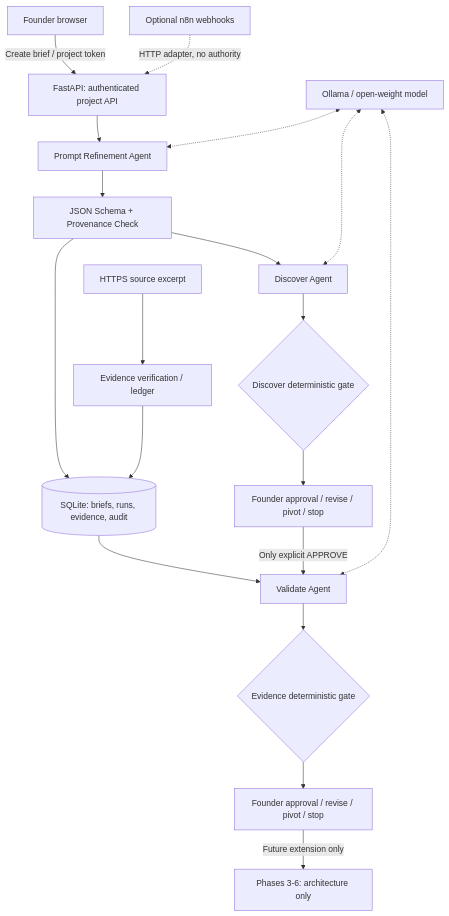
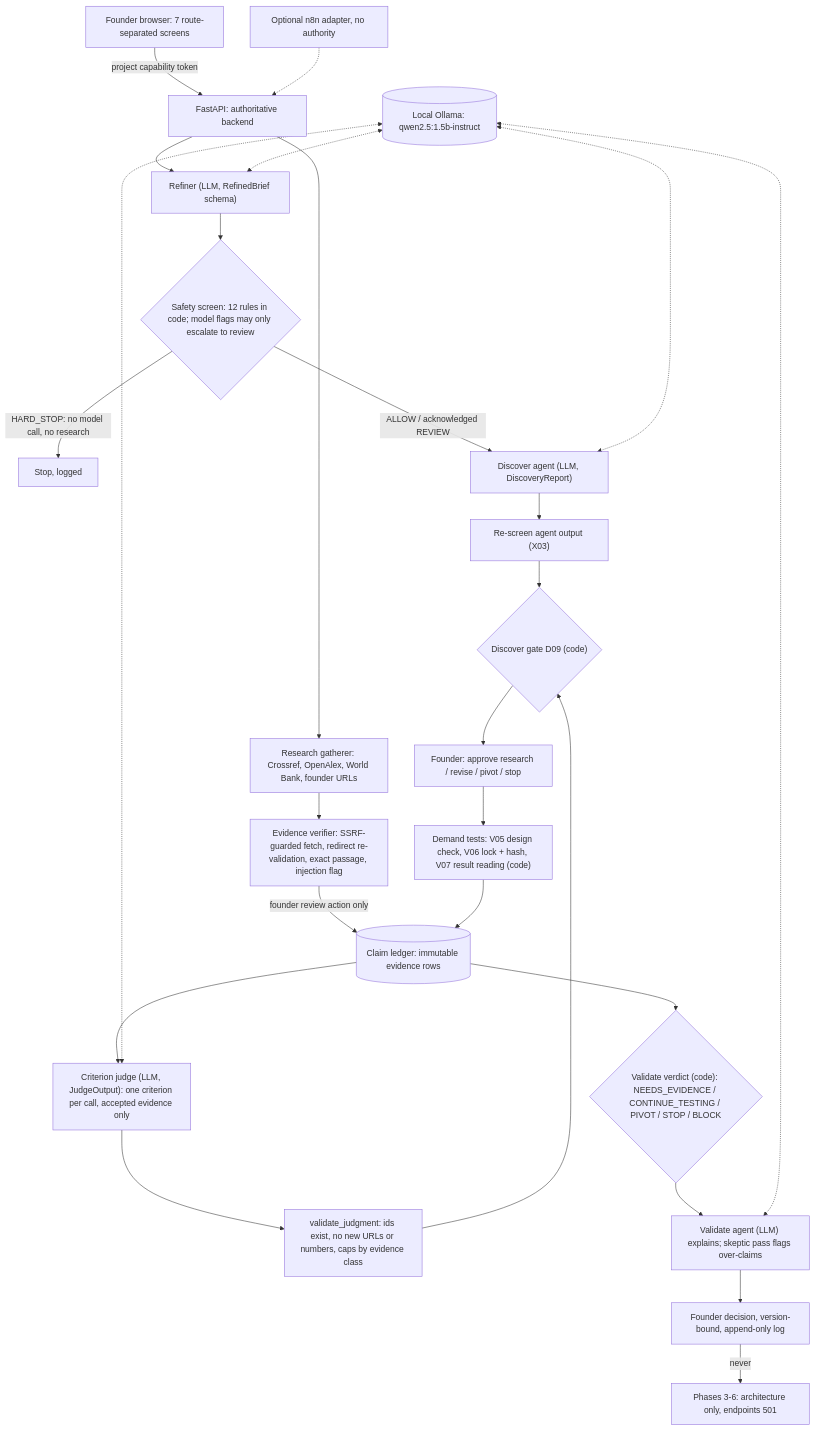
One commit to Sharl23/FounderOS changed the diagram in docs/architecture.md. Above: the diagram before and after it, drawn with Mermaid. The commit also changed other lines of this file and 31 other files, not shown here.

First line of the commit message:
v7 docs, Windows override, live check, plain model error labels; final verification

````diff
--- a/docs/architecture.md
+++ b/docs/architecture.md
@@ -7,21 +7,25 @@
 ```mermaid
 flowchart TD
-  U[Founder browser] -->|Create brief / project token| API[FastAPI: authenticated project API]
-  API --> REF[Prompt Refinement Agent]
-  REF --> J[JSON Schema + Provenance Check]
-  J --> DB[(SQLite: briefs, runs, evidence, audit)]
-  J --> DISC[Discover Agent]
-  DISC --> G1{Discover deterministic gate}
-  G1 --> AP1[Founder approval / revise / pivot / stop]
-  AP1 -->|Only explicit APPROVE| VAL[Validate Agent]
-  S[HTTPS source excerpt] --> EV[Evidence verification / ledger]
-  EV --> DB
-  DB --> VAL
-  VAL --> G2{Evidence deterministic gate}
-  G2 --> AP2[Founder approval / revise / pivot / stop]
-  AP2 -->|Future extension only| FUT[Phases 3-6: architecture only]
-  LL[Ollama / open-weight model] <-.-> REF
-  LL <-.-> DISC
-  LL <-.-> VAL
-  N8N[Optional n8n webhooks] -.->|HTTP adapter, no authority| API
+  U[Founder browser: 7 route-separated screens] -->|project capability token| API[FastAPI: authoritative backend]
+  API --> REF["Refiner (LLM, RefinedBrief schema)"]
+  REF --> SAF{"Safety screen: 12 rules in code; model flags may only escalate to review"}
+  SAF -->|HARD_STOP: no model call, no research| STOPX[Stop, logged]
+  SAF -->|ALLOW / acknowledged REVIEW| DISC["Discover agent (LLM, DiscoveryReport)"]
+  DISC --> RS["Re-screen agent output (X03)"]
+  API --> GATH["Research gatherer: Crossref, OpenAlex, World Bank, founder URLs"]
+  GATH --> VER["Evidence verifier: SSRF-guarded fetch, redirect re-validation, exact passage, injection flag"]
+  VER -->|founder review action only| LED[(Claim ledger: immutable evidence rows)]
+  LED --> JUD["Criterion judge (LLM, JudgeOutput): one criterion per call, accepted evidence only"]
+  JUD --> VAL1["validate_judgment: ids exist, no new URLs or numbers, caps by evidence class"]
+  VAL1 --> D09{"Discover gate D09 (code)"}
+  RS --> D09
+  D09 --> AP1[Founder: approve research / revise / pivot / stop]
+  AP1 --> EXP["Demand tests: V05 design check, V06 lock + hash, V07 result reading (code)"]
+  EXP --> LED
+  LED --> VER2{"Validate verdict (code): NEEDS_EVIDENCE / CONTINUE_TESTING / PIVOT / STOP / BLOCK"}
+  VER2 --> VALAG["Validate agent (LLM) explains; skeptic pass flags over-claims"]
+  VALAG --> AP2[Founder decision, version-bound, append-only log]
+  AP2 -->|never| FUT[Phases 3-6: architecture only, endpoints 501]
+  LL[(Local Ollama: qwen2.5:1.5b-instruct)] <-.-> REF & DISC & JUD & VALAG
+  N8N[Optional n8n adapter, no authority] -.-> API
 ```
````
